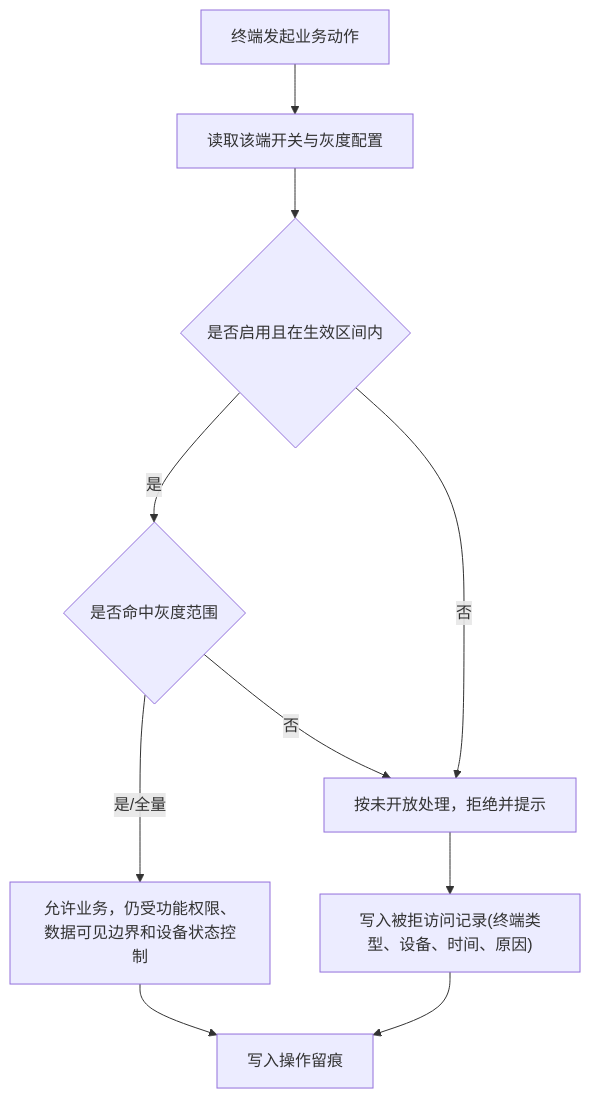
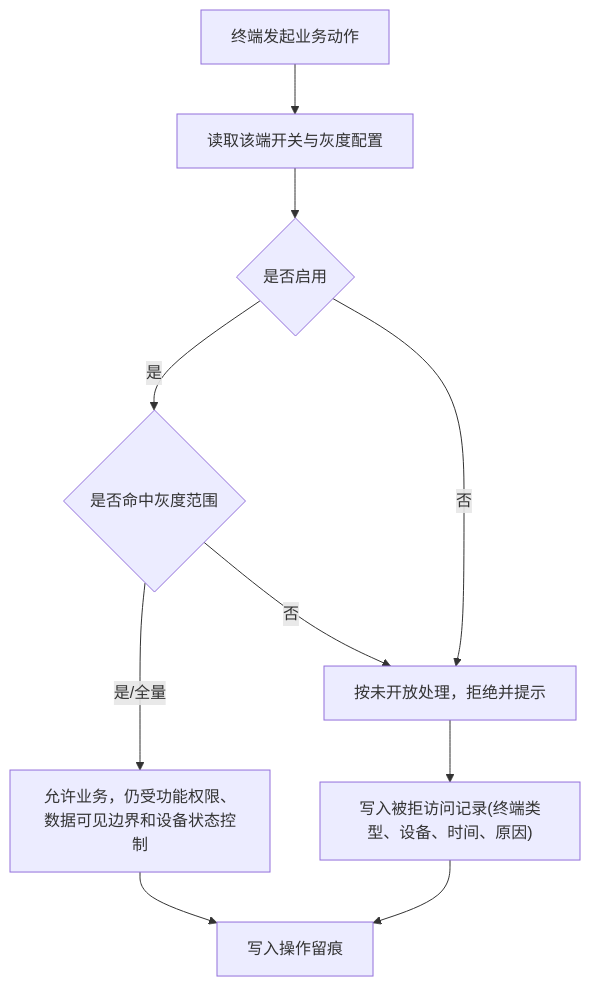
Before and after one commit to jxh1979/mall: diagram 14 of 14 in docs/platform-governance-product-spec-v0.2.md, drawn with Mermaid. The commit also changed other lines of this file and 8 other files, not shown here.

````diff
--- a/docs/platform-governance-product-spec-v0.2.md
+++ b/docs/platform-governance-product-spec-v0.2.md
@@ -2149,12 +2108,12 @@
 ```mermaid
 flowchart TD
     A["终端发起业务动作"] --> B["读取该端开关与灰度配置"]
-    B --> C{"是否启用且在生效区间内"}
+    B --> C{"是否启用"}
     C -- "是" --> D{"是否命中灰度范围"}
     D -- "是/全量" --> E["允许业务，仍受功能权限、数据可见边界和设备状态控制"]
     D -- "否" --> F["按未开放处理，拒绝并提示"]
     C -- "否" --> F
     F --> G["写入被拒访问记录(终端类型、设备、时间、原因)"]
     E --> H["写入操作留痕"]
     G --> H
 ```
````
